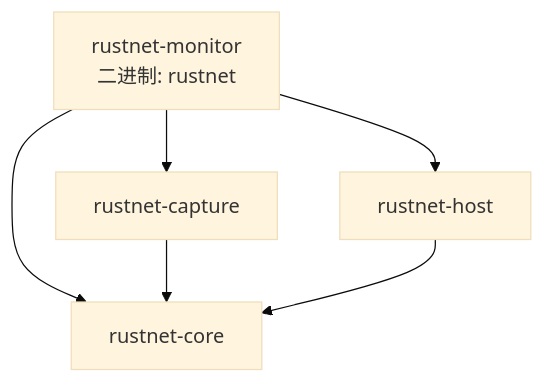
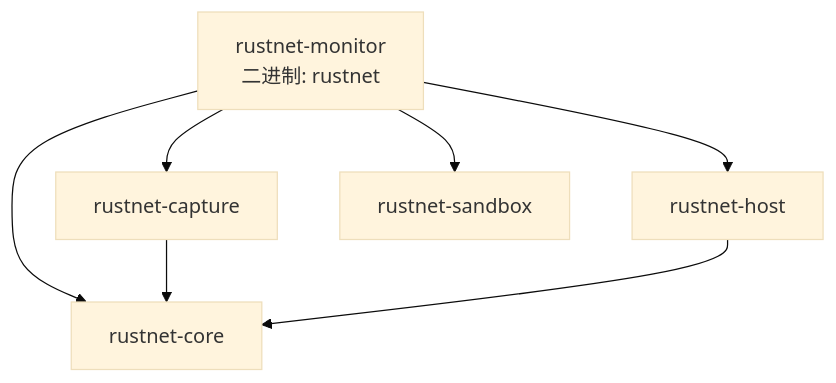
One commit to domcyrus/rustnet changed the first of 2 diagrams in ARCHITECTURE.zh-CN.md. Above: the diagram before and after it, drawn with Mermaid (base theme). The commit also changed other lines of this file and 36 other files, not shown here.

First line of the commit message:
refactor: extract sandboxing and privdrop into rustnet-sandbox crate

````diff
--- a/ARCHITECTURE.zh-CN.md
+++ b/ARCHITECTURE.zh-CN.md
@@ -32,13 +33,15 @@
 ```mermaid
 flowchart TD
     BIN[rustnet-monitor<br/>二进制: rustnet]
     CAP[rustnet-capture]
     HOST[rustnet-host]
+    SBX[rustnet-sandbox]
     CORE[rustnet-core]
 
     BIN --> CAP
     BIN --> HOST
+    BIN --> SBX
     BIN --> CORE
     CAP --> CORE
     HOST --> CORE
 ```
````
